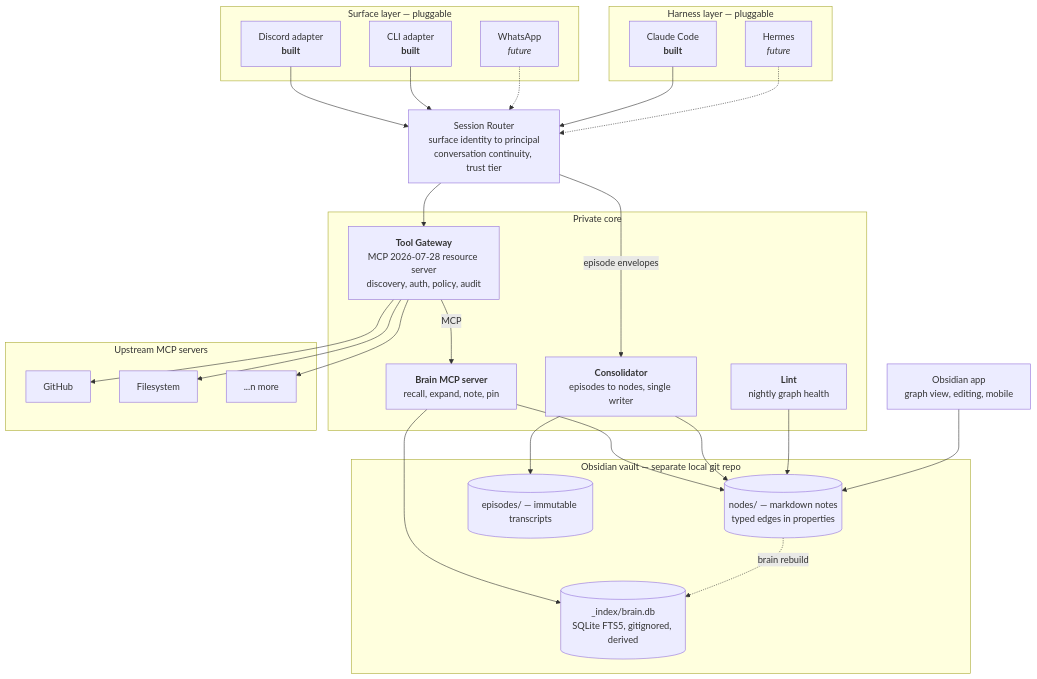
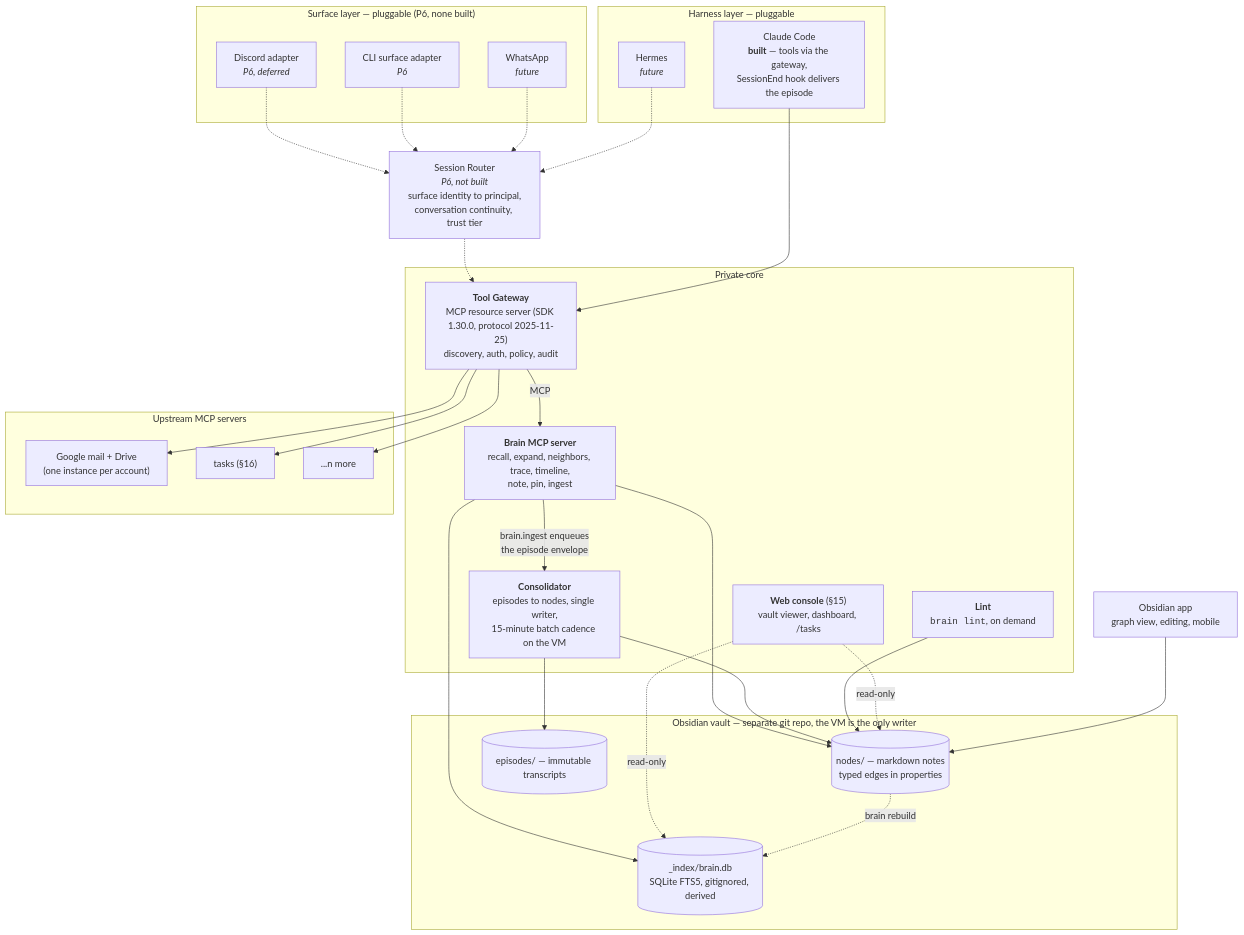
One commit to mars-flat/brain changed the diagram in architecture/02-overview.md. Above: the diagram before and after it, drawn with Mermaid. The commit also changed other lines of this file and 23 other files, not shown here.

````diff
--- a/architecture/02-overview.md
+++ b/architecture/02-overview.md
@@ -7,52 +7,54 @@
 ```mermaid
 flowchart TB
-    subgraph Surfaces["Surface layer — pluggable"]
-        DIS["Discord adapter<br/><b>built</b>"]
+    subgraph Surfaces["Surface layer — pluggable (P6, none built)"]
+        DIS["Discord adapter<br/><i>P6, deferred</i>"]
         WA["WhatsApp<br/><i>future</i>"]
-        CLI["CLI adapter<br/><b>built</b>"]
+        CLI["CLI surface adapter<br/><i>P6</i>"]
     end
 
     subgraph Harness["Harness layer — pluggable"]
-        CC["Claude Code<br/><b>built</b>"]
+        CC["Claude Code<br/><b>built</b> — tools via the gateway,<br/>SessionEnd hook delivers the episode"]
         HER["Hermes<br/><i>future</i>"]
     end
 
-    ROUTER["Session Router<br/>surface identity to principal<br/>conversation continuity, trust tier"]
+    ROUTER["Session Router<br/><i>P6, not built</i><br/>surface identity to principal,<br/>conversation continuity, trust tier"]
 
     subgraph Core["Private core"]
-        GW["<b>Tool Gateway</b><br/>MCP 2026-07-28 resource server<br/>discovery, auth, policy, audit"]
-        BMCP["<b>Brain MCP server</b><br/>recall, expand, note, pin"]
-        CONS["<b>Consolidator</b><br/>episodes to nodes, single writer"]
-        LINT["<b>Lint</b><br/>nightly graph health"]
+        GW["<b>Tool Gateway</b><br/>MCP resource server (SDK 1.30.0, protocol 2025-11-25)<br/>discovery, auth, policy, audit"]
+        BMCP["<b>Brain MCP server</b><br/>recall, expand, neighbors, trace, timeline,<br/>note, pin, ingest"]
+        CONS["<b>Consolidator</b><br/>episodes to nodes, single writer,<br/>15-minute batch cadence on the VM"]
+        LINT["<b>Lint</b><br/><code>brain lint</code>, on demand"]
+        CON["<b>Web console</b> (§15)<br/>vault viewer, dashboard, /tasks"]
     end
 
-    subgraph Vault["Obsidian vault — separate local git repo"]
+    subgraph Vault["Obsidian vault — separate git repo, the VM is the only writer"]
         NOTES[("nodes/ — markdown notes<br/>typed edges in properties")]
         EPS[("episodes/ — immutable transcripts")]
         IDX[("_index/brain.db<br/>SQLite FTS5, gitignored, derived")]
     end
 
     subgraph Upstream["Upstream MCP servers"]
-        GH["GitHub"] 
-        FS["Filesystem"] 
+        GH["Google mail + Drive<br/>(one instance per account)"]
+        TK["tasks (§16)"]
         MORE["...n more"]
     end
 
-    DIS --> ROUTER
-    CLI --> ROUTER
+    DIS -.-> ROUTER
+    CLI -.-> ROUTER
     WA -.-> ROUTER
-    CC --> ROUTER
     HER -.-> ROUTER
-    ROUTER --> GW
+    ROUTER -.-> GW
+    CC --> GW
 
     GW -->|"MCP"| BMCP
-    GW --> GH & FS & MORE
+    GW --> GH & TK & MORE
 
     BMCP --> NOTES & IDX
-    ROUTER -->|"episode envelopes"| CONS
+    BMCP -->|"brain.ingest enqueues<br/>the episode envelope"| CONS
     CONS --> NOTES & EPS
     LINT --> NOTES
+    CON -.->|"read-only"| NOTES & IDX
     NOTES -.->|"brain rebuild"| IDX
 
     OBS["Obsidian app<br/>graph view, editing, mobile"] --> NOTES
 ```
````
